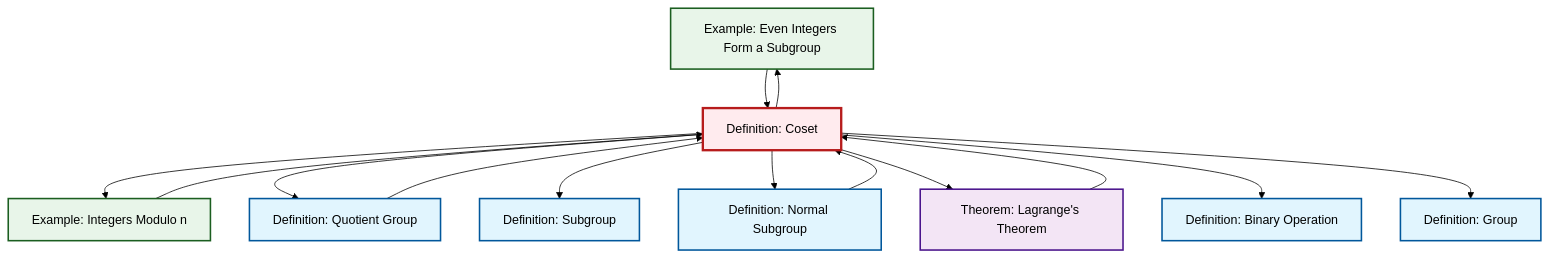
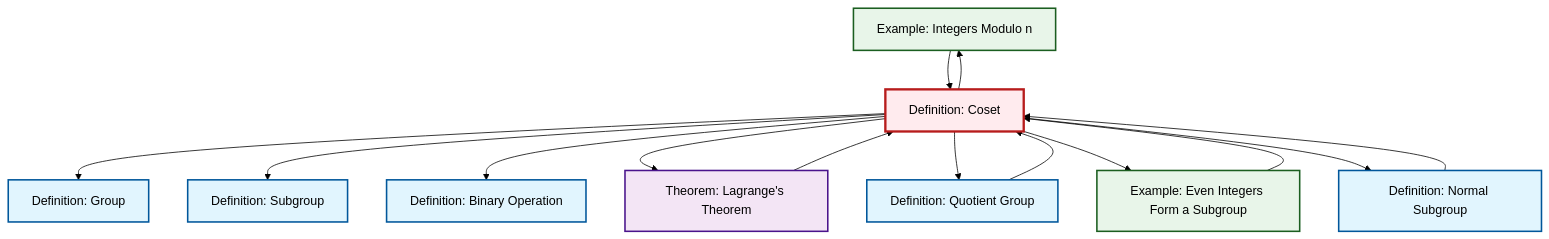
One commit to RK0429/ModernMath changed the diagram in content/en/algebra/def-coset.qmd. Above: the diagram before and after it, drawn with Mermaid (forest theme). The commit also changed other lines of this file and 434 other files, not shown here.

````diff
--- a/content/en/algebra/def-coset.qmd
+++ b/content/en/algebra/def-coset.qmd
@@ -156,40 +156,40 @@
 ```{mermaid}
 %%| fig-cap: "Local dependency graph"
 graph TD
     classDef definition fill:#e1f5fe,stroke:#01579b,stroke-width:2px
     classDef theorem fill:#f3e5f5,stroke:#4a148c,stroke-width:2px
     classDef axiom fill:#fff3e0,stroke:#e65100,stroke-width:2px
     classDef example fill:#e8f5e9,stroke:#1b5e20,stroke-width:2px
     classDef current fill:#ffebee,stroke:#b71c1c,stroke-width:3px
+    ex-quotient-integers-mod-n["Example: Integers Modulo n"]:::example
+    def-coset["Definition: Coset"]:::definition
+    def-group["Definition: Group"]:::definition
+    def-binary-operation["Definition: Binary Operation"]:::definition
+    def-normal-subgroup["Definition: Normal Subgroup"]:::definition
+    def-quotient-group["Definition: Quotient Group"]:::definition
+    thm-lagrange["Theorem: Lagrange's Theorem"]:::theorem
     ex-even-integers-subgroup["Example: Even Integers Form a Subgroup"]:::example
-    def-coset["Definition: Coset"]:::definition
-    def-normal-subgroup["Definition: Normal Subgroup"]:::definition
-    ex-quotient-integers-mod-n["Example: Integers Modulo n"]:::example
-    def-binary-operation["Definition: Binary Operation"]:::definition
-    def-quotient-group["Definition: Quotient Group"]:::definition
     def-subgroup["Definition: Subgroup"]:::definition
-    def-group["Definition: Group"]:::definition
-    thm-lagrange["Theorem: Lagrange's Theorem"]:::theorem
+    ex-even-integers-subgroup --> def-coset
+    def-coset --> def-group
+    def-coset --> def-subgroup
+    def-coset --> def-binary-operation
+    thm-lagrange --> def-coset
+    def-coset --> ex-quotient-integers-mod-n
+    def-coset --> thm-lagrange
+    def-coset --> def-quotient-group
+    def-quotient-group --> def-coset
+    def-normal-subgroup --> def-coset
+    def-coset --> ex-even-integers-subgroup
     ex-quotient-integers-mod-n --> def-coset
-    def-coset --> ex-even-integers-subgroup
-    def-coset --> ex-quotient-integers-mod-n
-    def-coset --> def-quotient-group
-    def-coset --> def-subgroup
-    thm-lagrange --> def-coset
     def-coset --> def-normal-subgroup
-    def-normal-subgroup --> def-coset
-    def-coset --> thm-lagrange
-    ex-even-integers-subgroup --> def-coset
-    def-coset --> def-binary-operation
-    def-quotient-group --> def-coset
-    def-coset --> def-group
     class def-coset current
+    click ex-quotient-integers-mod-n "ex-quotient-integers-mod-n.html" "Go to Integers Modulo n example"
+    click def-group "def-group.html" "Go to Group definition"
+    click def-binary-operation "def-binary-operation.html" "Go to Binary Operation definition"
+    click def-normal-subgroup "def-normal-subgroup.html" "Go to Normal Subgroup definition"
+    click def-quotient-group "def-quotient-group.html" "Go to Quotient Group definition"
+    click thm-lagrange "thm-lagrange.html" "Go to Lagrange's Theorem theorem"
     click ex-even-integers-subgroup "ex-even-integers-subgroup.html" "Go to Even Integers Form a Subgroup example"
-    click def-normal-subgroup "def-normal-subgroup.html" "Go to Normal Subgroup definition"
-    click ex-quotient-integers-mod-n "ex-quotient-integers-mod-n.html" "Go to Integers Modulo n example"
-    click def-binary-operation "def-binary-operation.html" "Go to Binary Operation definition"
-    click def-quotient-group "def-quotient-group.html" "Go to Quotient Group definition"
     click def-subgroup "def-subgroup.html" "Go to Subgroup definition"
-    click def-group "def-group.html" "Go to Group definition"
-    click thm-lagrange "thm-lagrange.html" "Go to Lagrange's Theorem theorem"
 ```
````
